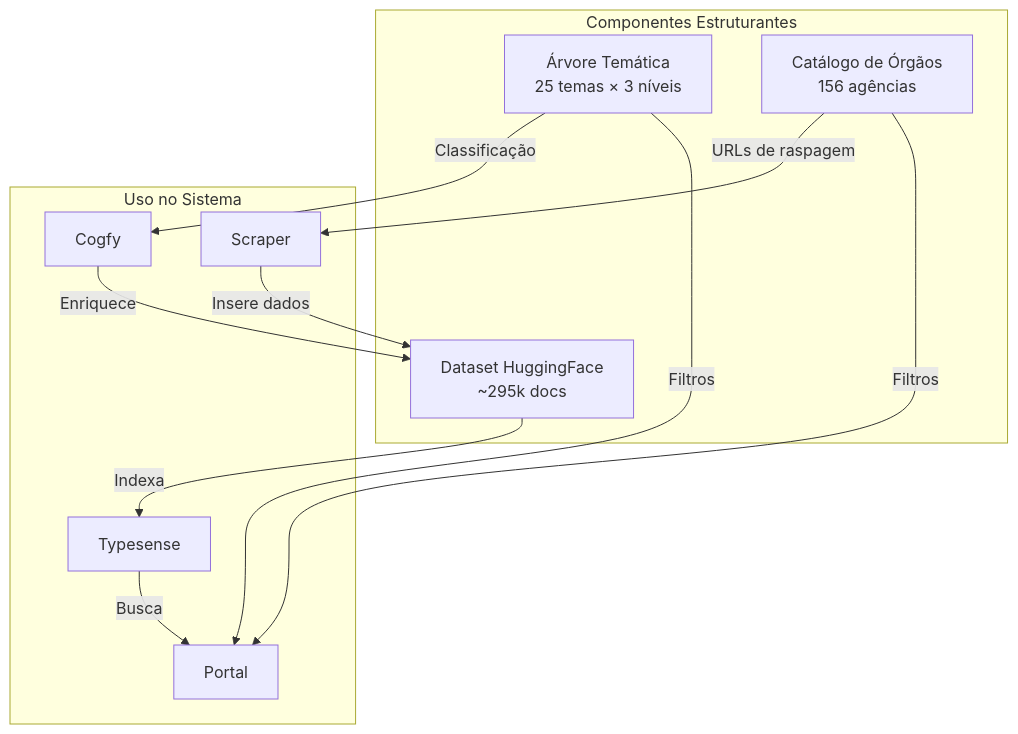
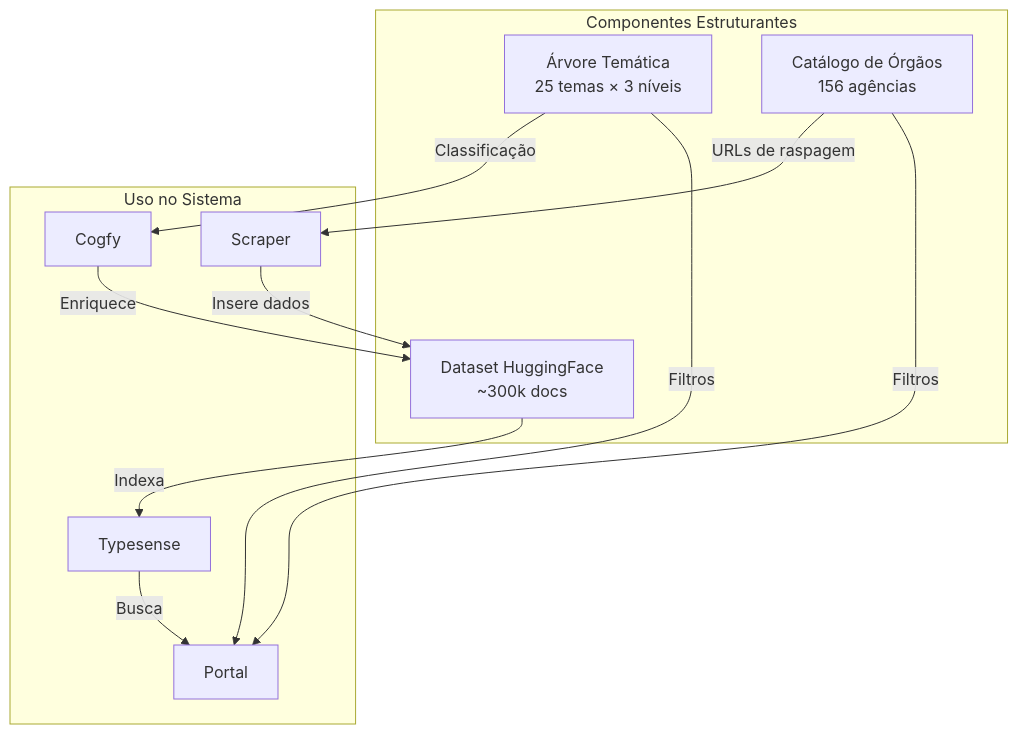
One commit to destaquesgovbr/docs changed the diagram in arquitetura/componentes-estruturantes.md. Above: the diagram before and after it, drawn with Mermaid. The commit also changed other lines of this file and 1 other file, not shown here.

Commit message:
atualiza documentação técnica para refletir o aumento do dataset no HuggingFace para ~300.000 documentos

````diff
--- a/arquitetura/componentes-estruturantes.md
+++ b/arquitetura/componentes-estruturantes.md
@@ -300,24 +300,24 @@
 ```mermaid
 graph TB
     subgraph "Componentes Estruturantes"
         AT[Árvore Temática<br/>25 temas × 3 níveis]
         CO[Catálogo de Órgãos<br/>156 agências]
-        DS[Dataset HuggingFace<br/>~295k docs]
+        DS[Dataset HuggingFace<br/>~300k docs]
     end
 
     subgraph "Uso no Sistema"
         SC[Scraper]
         CF[Cogfy]
         PO[Portal]
         TS[Typesense]
     end
 
     CO -->|URLs de raspagem| SC
     AT -->|Classificação| CF
     SC -->|Insere dados| DS
     CF -->|Enriquece| DS
     DS -->|Indexa| TS
     TS -->|Busca| PO
     AT -->|Filtros| PO
     CO -->|Filtros| PO
 ```
````
